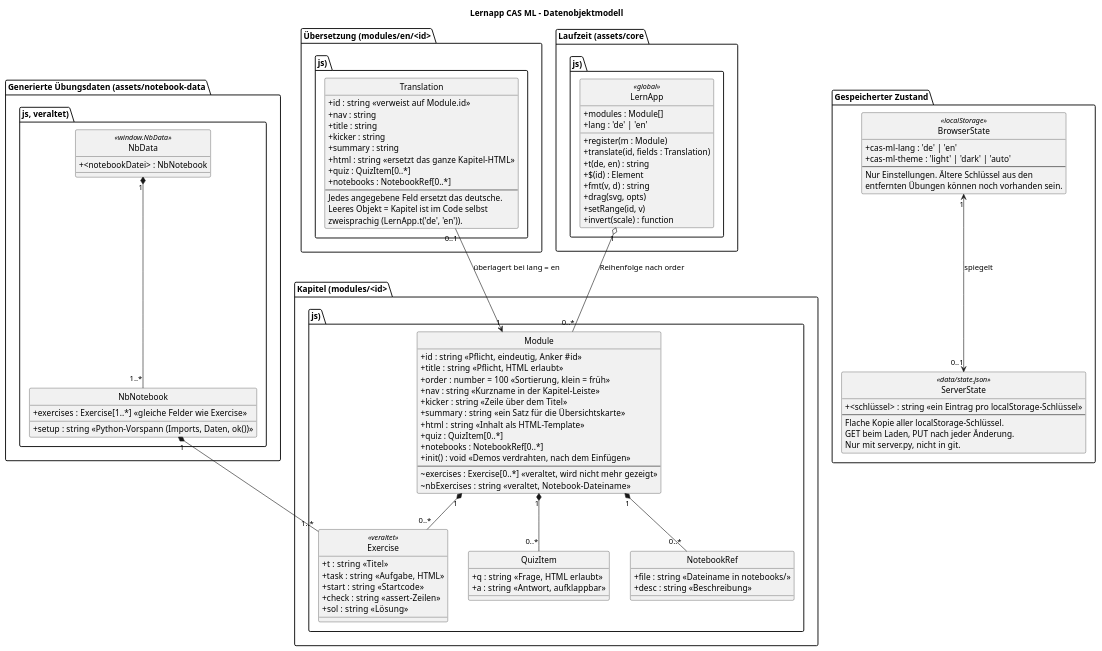
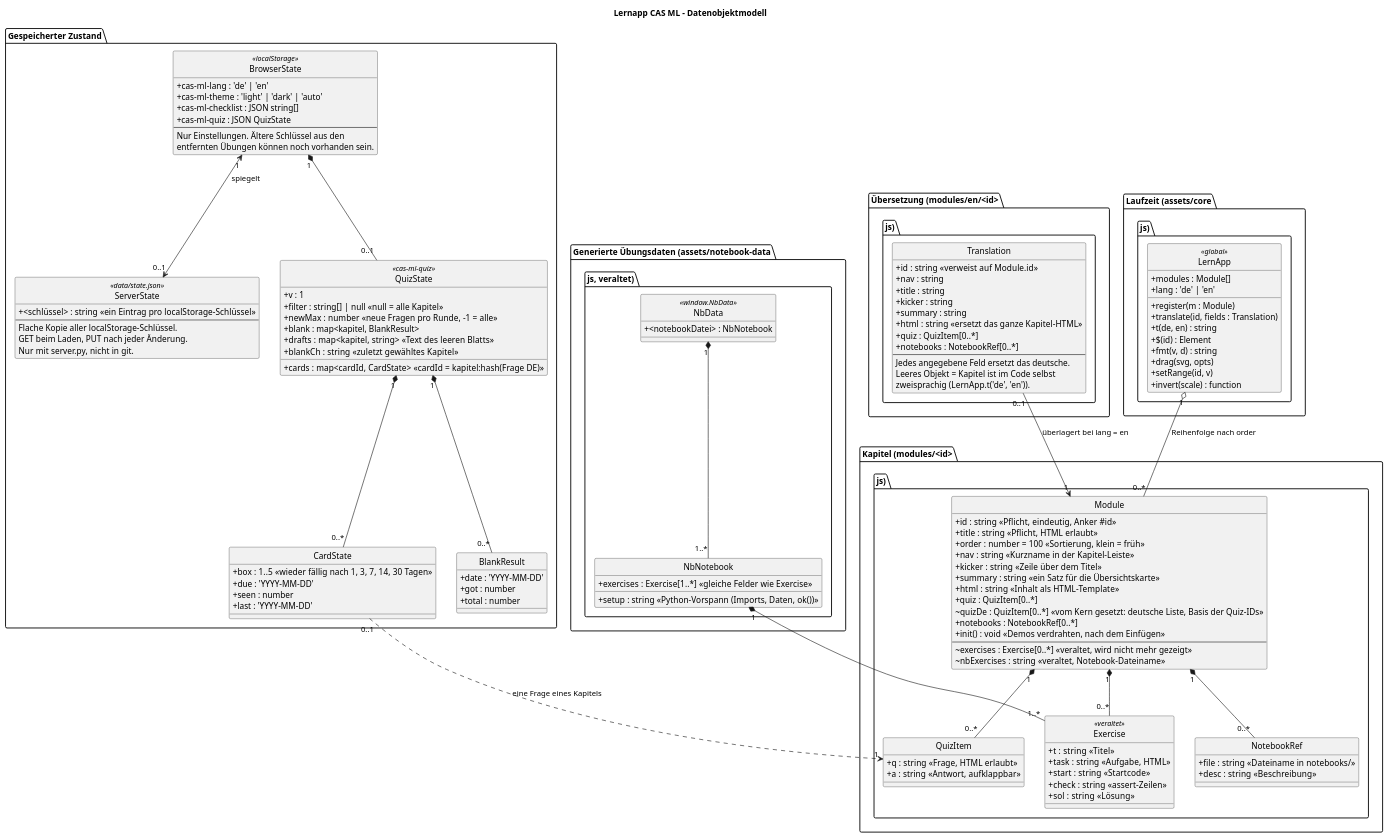
The diagram in docs/data-object-model.puml (rotscher-baumi/lernapp-cas-ml), drawn with PlantUML before and after one commit. The commit also changed 13 other files, not shown here.

First line of the commit message:
Quiz-Kapitel: Wiederholung nach Plan, leeres Blatt, Fortschritt (#39)

```diff
--- a/docs/data-object-model.puml
+++ b/docs/data-object-model.puml
@@ -1,114 +1,142 @@
 @startuml data-object-model
 ' Datenobjektmodell der Lernapp: was ein Kapitel, eine Übersetzung und der
-' gespeicherte Zustand enthalten. Stand 2026-11-01.
+' gespeicherte Zustand enthalten. Stand 2026-11-22.
 title Lernapp CAS ML – Datenobjektmodell
 
 skinparam classAttributeIconSize 0
 hide circle
 
 package "Kapitel (modules/<id>.js)" {
   class Module {
     +id : string  <<Pflicht, eindeutig, Anker #id>>
     +title : string  <<Pflicht, HTML erlaubt>>
     +order : number = 100  <<Sortierung, klein = früh>>
     +nav : string  <<Kurzname in der Kapitel-Leiste>>
     +kicker : string  <<Zeile über dem Titel>>
     +summary : string  <<ein Satz für die Übersichtskarte>>
     +html : string  <<Inhalt als HTML-Template>>
     +quiz : QuizItem[0..*]
+    ~quizDe : QuizItem[0..*]  <<vom Kern gesetzt: deutsche Liste, Basis der Quiz-IDs>>
     +notebooks : NotebookRef[0..*]
     +init() : void  <<Demos verdrahten, nach dem Einfügen>>
     --
     ~exercises : Exercise[0..*]  <<veraltet, wird nicht mehr gezeigt>>
     ~nbExercises : string  <<veraltet, Notebook-Dateiname>>
   }
 
   class QuizItem {
     +q : string  <<Frage, HTML erlaubt>>
     +a : string  <<Antwort, aufklappbar>>
   }
 
   class NotebookRef {
     +file : string  <<Dateiname in notebooks/>>
     +desc : string  <<Beschreibung>>
   }
 
   class Exercise <<veraltet>> {
     +t : string  <<Titel>>
     +task : string  <<Aufgabe, HTML>>
     +start : string  <<Startcode>>
     +check : string  <<assert-Zeilen>>
     +sol : string  <<Lösung>>
   }
 
   Module "1" *-- "0..*" QuizItem
   Module "1" *-- "0..*" NotebookRef
   Module "1" *-- "0..*" Exercise
 }
 
 package "Übersetzung (modules/en/<id>.js)" {
   class Translation {
     +id : string  <<verweist auf Module.id>>
     +nav : string
     +title : string
     +kicker : string
     +summary : string
     +html : string  <<ersetzt das ganze Kapitel-HTML>>
     +quiz : QuizItem[0..*]
     +notebooks : NotebookRef[0..*]
     --
     Jedes angegebene Feld ersetzt das deutsche.
     Leeres Objekt = Kapitel ist im Code selbst
     zweisprachig (LernApp.t('de', 'en')).
   }
   Translation "0..1" --> "1" Module : überlagert bei lang = en
 }
 
 package "Laufzeit (assets/core.js)" {
   class LernApp <<global>> {
     +modules : Module[]
     +lang : 'de' | 'en'
     +register(m : Module)
     +translate(id, fields : Translation)
     +t(de, en) : string
     +$(id) : Element
     +fmt(v, d) : string
     +drag(svg, opts)
     +setRange(id, v)
     +invert(scale) : function
   }
   LernApp "1" o-- "0..*" Module : Reihenfolge nach order
 }
 
 package "Gespeicherter Zustand" {
   class BrowserState <<localStorage>> {
     +cas-ml-lang : 'de' | 'en'
     +cas-ml-theme : 'light' | 'dark' | 'auto'
+    +cas-ml-checklist : JSON string[]
+    +cas-ml-quiz : JSON QuizState
     --
     Nur Einstellungen. Ältere Schlüssel aus den
     entfernten Übungen können noch vorhanden sein.
   }
 
   class ServerState <<data/state.json>> {
     +<schlüssel> : string  <<ein Eintrag pro localStorage-Schlüssel>>
     --
     Flache Kopie aller localStorage-Schlüssel.
     GET beim Laden, PUT nach jeder Änderung.
     Nur mit server.py, nicht in git.
   }
   BrowserState "1" <--> "0..1" ServerState : spiegelt
+
+  class QuizState <<cas-ml-quiz>> {
+    +v : 1
+    +cards : map<cardId, CardState>  <<cardId = kapitel:hash(Frage DE)>>
+    +filter : string[] | null  <<null = alle Kapitel>>
+    +newMax : number  <<neue Fragen pro Runde, -1 = alle>>
+    +blank : map<kapitel, BlankResult>
+    +drafts : map<kapitel, string>  <<Text des leeren Blatts>>
+    +blankCh : string  <<zuletzt gewähltes Kapitel>>
+  }
+  class CardState {
+    +box : 1..5  <<wieder fällig nach 1, 3, 7, 14, 30 Tagen>>
+    +due : 'YYYY-MM-DD'
+    +seen : number
+    +last : 'YYYY-MM-DD'
+  }
+  class BlankResult {
+    +date : 'YYYY-MM-DD'
+    +got : number
+    +total : number
+  }
+  BrowserState "1" *-- "0..1" QuizState
+  QuizState "1" *-- "0..*" CardState
+  QuizState "1" *-- "0..*" BlankResult
+  CardState "0..1" ..> "1" QuizItem : eine Frage eines Kapitels
 }
 
 package "Generierte Übungsdaten (assets/notebook-data.js, veraltet)" {
   class NbData <<window.NbData>> {
     +<notebookDatei> : NbNotebook
   }
   class NbNotebook {
     +setup : string  <<Python-Vorspann (Imports, Daten, ok())>>
     +exercises : Exercise[1..*]  <<gleiche Felder wie Exercise>>
   }
   NbData "1" *-- "1..*" NbNotebook
   NbNotebook "1" *-- "1..*" Exercise
 }
 
 @enduml
```
